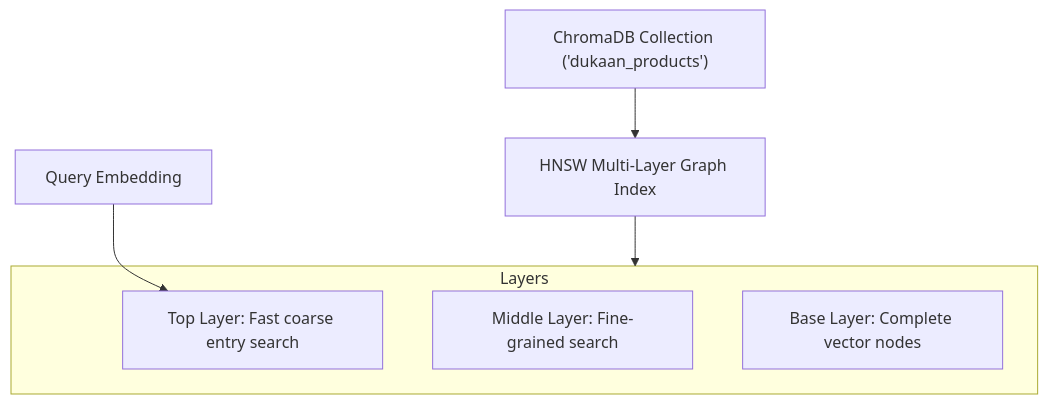
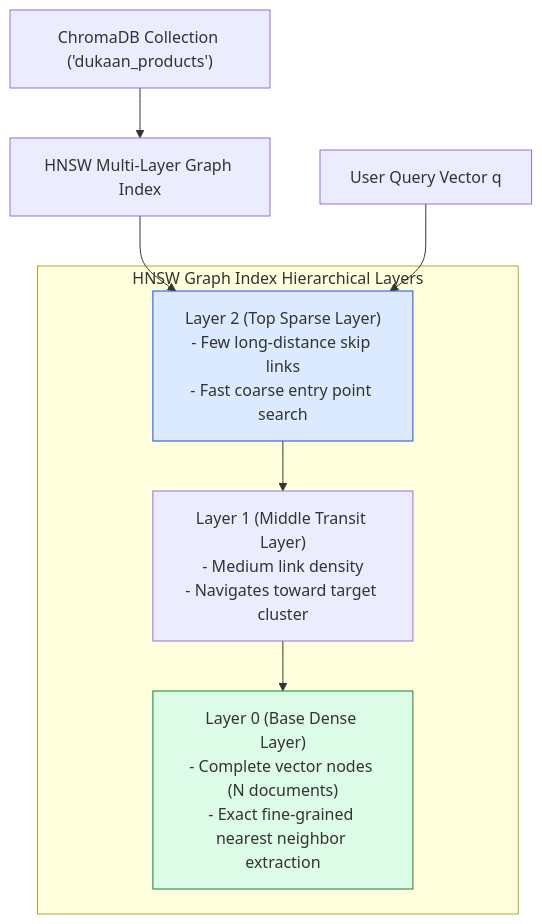
Before and after one commit to Amie-dev/engineering-playbook: the first of 3 diagrams in agentic-ai-notes/02-dukaan-search/08-chromadb-vector-store.md, drawn with Mermaid. The commit also changed other lines of this file and 10 other files, not shown here.

First line of the commit message:
Enhance Dukaan Search Modules with In-Memory, ChromaDB, and MongoDB Atlas Vector Stores

````diff
--- a/agentic-ai-notes/02-dukaan-search/08-chromadb-vector-store.md
+++ b/agentic-ai-notes/02-dukaan-search/08-chromadb-vector-store.md
@@ -10,13 +13,19 @@
 ```mermaid
 flowchart TD
     Collection["ChromaDB Collection ('dukaan_products')"] --> HNSWGraph["HNSW Multi-Layer Graph Index"]
-    
-    subgraph Layers
-        L2[Top Layer: Fast coarse entry search]
-        L1[Middle Layer: Fine-grained search]
-        L0[Base Layer: Complete vector nodes]
+
+    subgraph HNSW Graph Index Hierarchical Layers
+        Layer2["Layer 2 (Top Sparse Layer)<br/>- Few long-distance skip links<br/>- Fast coarse entry point search"]
+        Layer1["Layer 1 (Middle Transit Layer)<br/>- Medium link density<br/>- Navigates toward target cluster"]
+        Layer0["Layer 0 (Base Dense Layer)<br/>- Complete vector nodes (N documents)<br/>- Exact fine-grained nearest neighbor extraction"]
     end
 
-    HNSWGraph --> Layers
-    Query[Query Embedding] --> L2
+    HNSWGraph --> Layer2
+    Layer2 --> Layer1
+    Layer1 --> Layer0
+
+    QueryVec[User Query Vector q] --> Layer2
+
+    style Layer2 fill:#dbeafe,stroke:#1d4ed8
+    style Layer0 fill:#dcfce7,stroke:#15803d
 ```
````
